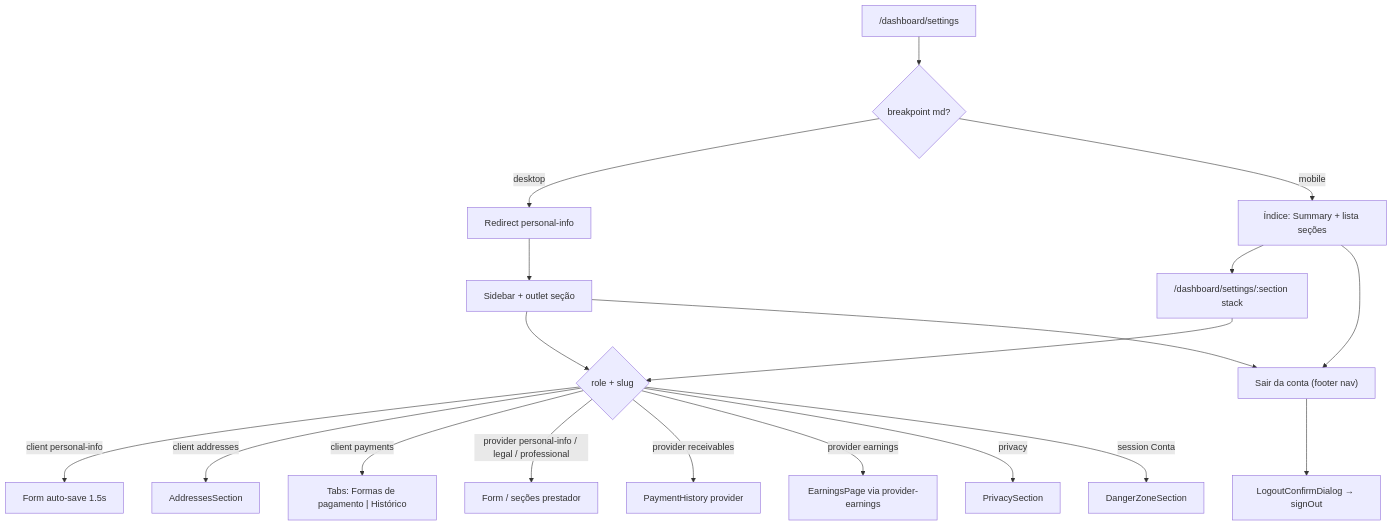
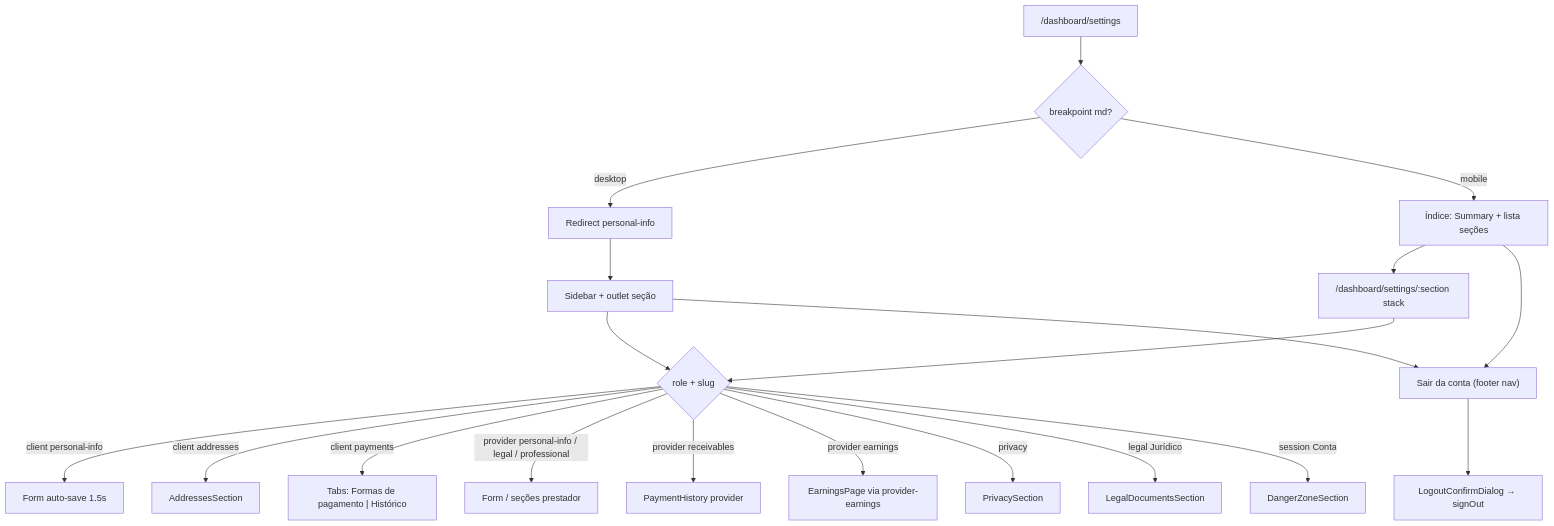
Before and after one commit to higorpo/renovi-orbit-test: the diagram in docs/business/modulos/settings/features/configuracoes.md, drawn with Mermaid. The commit also changed other lines of this file and 21 other files, not shown here.

First line of the commit message:
Add legal documents section to settings hub for improved compliance visibility

````diff
--- a/docs/business/modulos/settings/features/configuracoes.md
+++ b/docs/business/modulos/settings/features/configuracoes.md
@@ -54,21 +55,22 @@
 ```mermaid
 flowchart TD
   A["/dashboard/settings"] --> B{breakpoint md?}
   B -->|desktop| C["Redirect personal-info"]
   B -->|mobile| D["Índice: Summary + lista seções"]
   D --> E["/dashboard/settings/:section stack"]
   C --> F["Sidebar + outlet seção"]
   E --> G{role + slug}
   F --> G
   G -->|client personal-info| H[Form auto-save 1.5s]
   G -->|client addresses| I[AddressesSection]
   G -->|client payments| J["Tabs: Formas de pagamento | Histórico"]
   G -->|provider personal-info / legal / professional| K[Form / seções prestador]
   G -->|provider receivables| L[PaymentHistory provider]
   G -->|provider earnings| M[EarningsPage via provider-earnings]
   G -->|privacy| N[PrivacySection]
+  G -->|legal Jurídico| R[LegalDocumentsSection]
   G -->|session Conta| O[DangerZoneSection]
   D --> P["Sair da conta (footer nav)"]
   F --> P
   P --> Q["LogoutConfirmDialog → signOut"]
 ```
````
